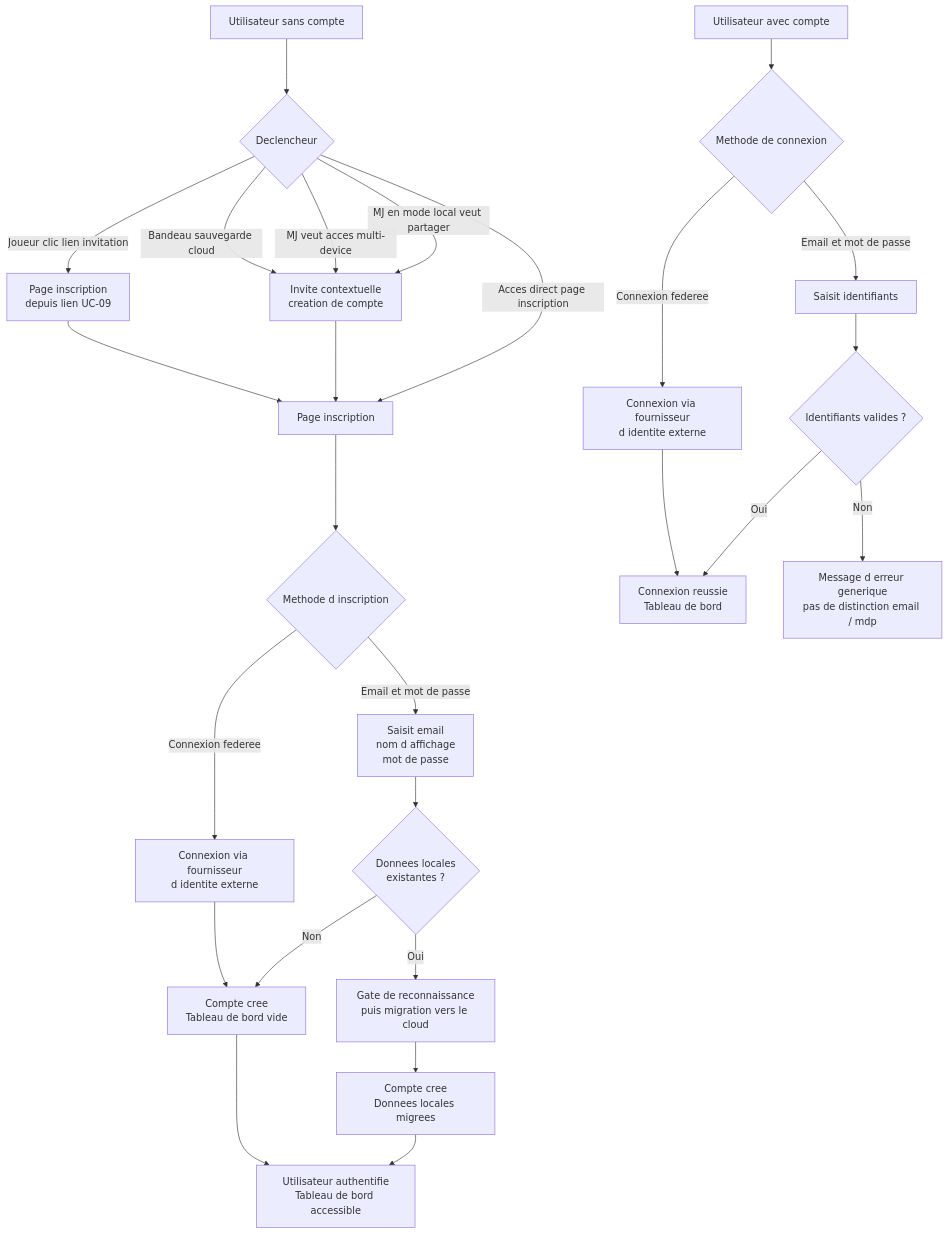
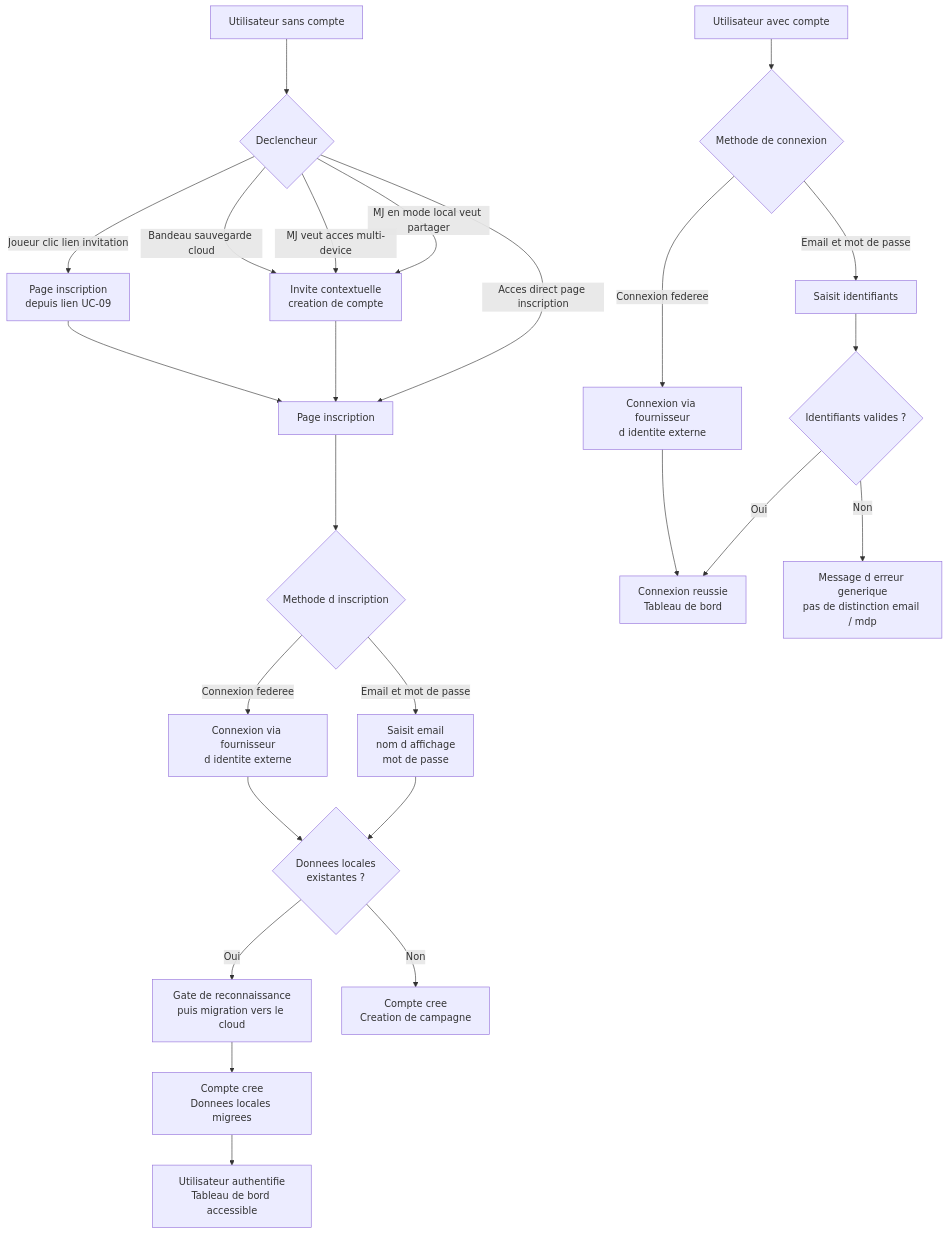
One commit to 2025-10-CDA-ECO-P6/PM-micro-saas changed the first of 2 diagrams in docs/conception/user-stories/US-UC-10-compte-cloud.md. Above: the diagram before and after it, drawn with Mermaid. The commit also changed other lines of this file and 47 other files, not shown here.

````diff
--- a/docs/conception/user-stories/US-UC-10-compte-cloud.md
+++ b/docs/conception/user-stories/US-UC-10-compte-cloud.md
@@ -59,36 +59,35 @@
 ```mermaid
 flowchart TD
     A[Utilisateur sans compte] --> B{Declencheur}
 
     B -->|MJ en mode local veut partager| C[Invite contextuelle\ncreation de compte]
     B -->|MJ veut acces multi-device| C
     B -->|Bandeau sauvegarde cloud| C
     B -->|Joueur clic lien invitation| D[Page inscription\ndepuis lien UC-09]
     B -->|Acces direct page inscription| E[Page inscription]
 
     C --> E
     D --> E
 
     E --> F{Methode d inscription}
     F -->|Email et mot de passe| G[Saisit email\nnom d affichage\nmot de passe]
     F -->|Connexion federee| H[Connexion via fournisseur\nd identite externe]
 
     G --> I{Donnees locales\nexistantes ?}
+    H --> I
     I -->|Oui| J[Gate de reconnaissance\npuis migration vers le cloud]
-    I -->|Non| K[Compte cree\nTableau de bord vide]
+    I -->|Non| K[Compte cree\nCreation de campagne]
     J --> L[Compte cree\nDonnees locales migrees]
-    H --> K
 
     L --> M[Utilisateur authentifie\nTableau de bord accessible]
-    K --> M
 
     N[Utilisateur avec compte] --> O{Methode de connexion}
     O -->|Email et mot de passe| P[Saisit identifiants]
     O -->|Connexion federee| Q[Connexion via fournisseur\nd identite externe]
 
     P --> R{Identifiants valides ?}
     R -->|Oui| S[Connexion reussie\nTableau de bord]
     R -->|Non| T[Message d erreur generique\npas de distinction email / mdp]
 
     Q --> S
 ```
````
